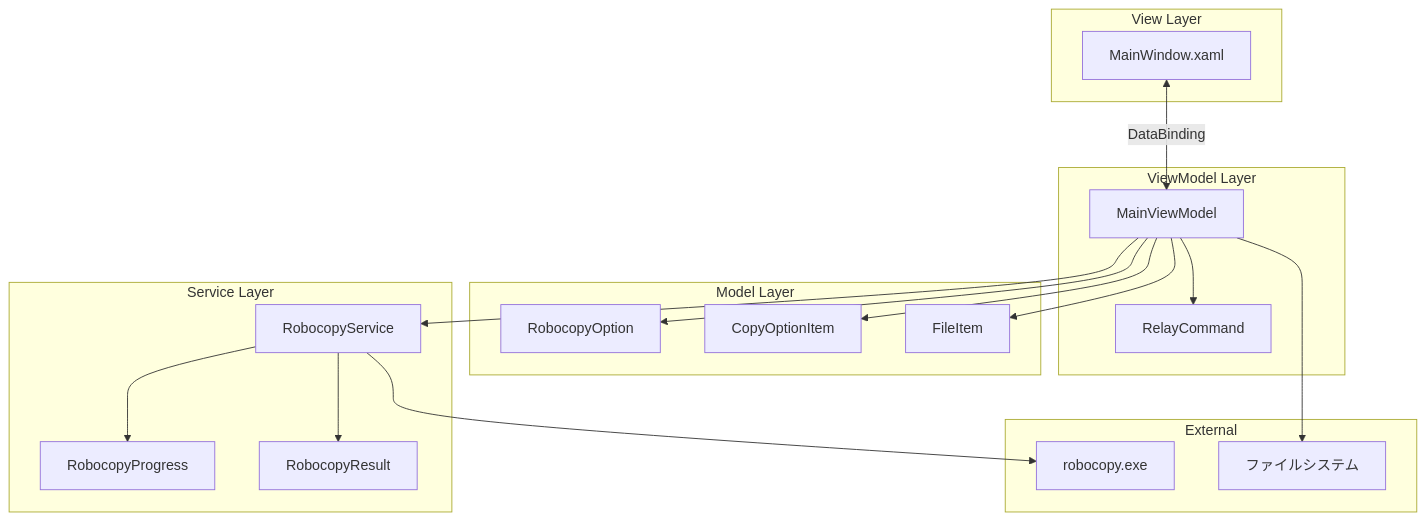
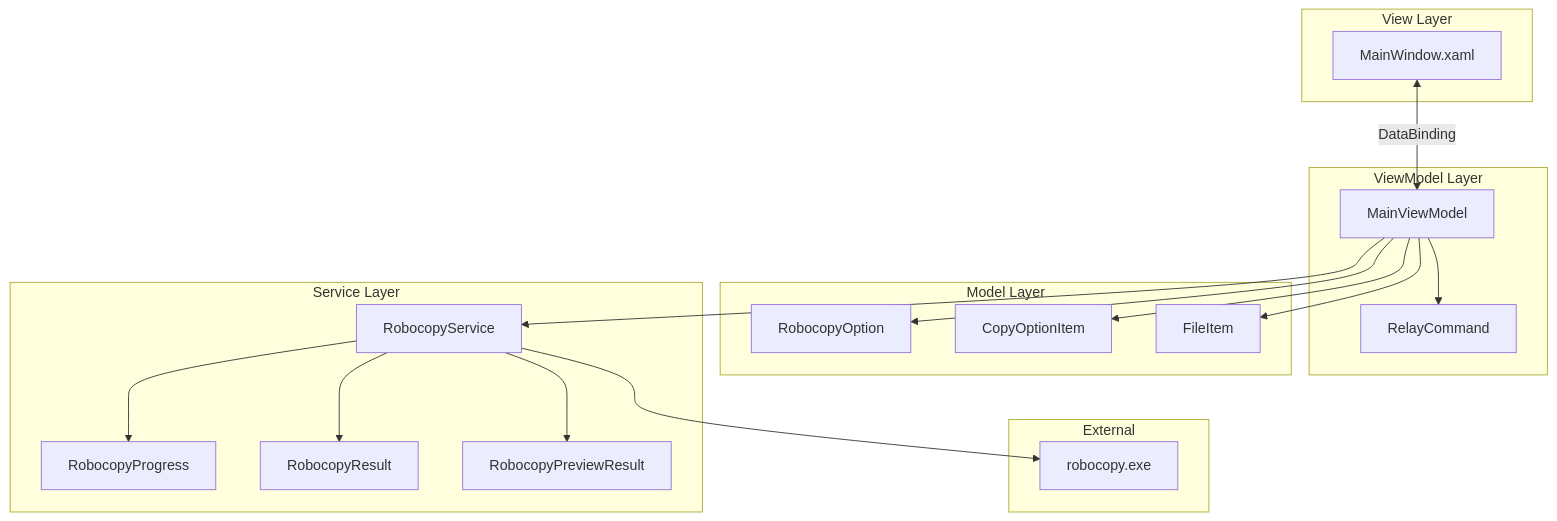
Before and after one commit to hn770123/GUI-robocopy: the diagram in docs/README.md, drawn with Mermaid. The commit also changed other lines of this file and 4 other files, not shown here.

````diff
--- a/docs/README.md
+++ b/docs/README.md
@@ -16,39 +16,39 @@
 ```mermaid
 flowchart TB
     subgraph View["View Layer"]
         MW[MainWindow.xaml]
     end
     
     subgraph ViewModel["ViewModel Layer"]
         MVM[MainViewModel]
         RC[RelayCommand]
     end
     
     subgraph Model["Model Layer"]
         RO[RobocopyOption]
         COI[CopyOptionItem]
         FI[FileItem]
     end
     
     subgraph Service["Service Layer"]
         RS[RobocopyService]
         RP[RobocopyProgress]
         RR[RobocopyResult]
+        RPR[RobocopyPreviewResult]
     end
     
     subgraph External["External"]
         ROBO[robocopy.exe]
-        FS[ファイルシステム]
     end
     
     MW <-->|DataBinding| MVM
     MVM --> RC
     MVM --> RO
     MVM --> COI
     MVM --> FI
     MVM --> RS
     RS --> RP
     RS --> RR
+    RS --> RPR
     RS --> ROBO
-    MVM --> FS
 ```
````
